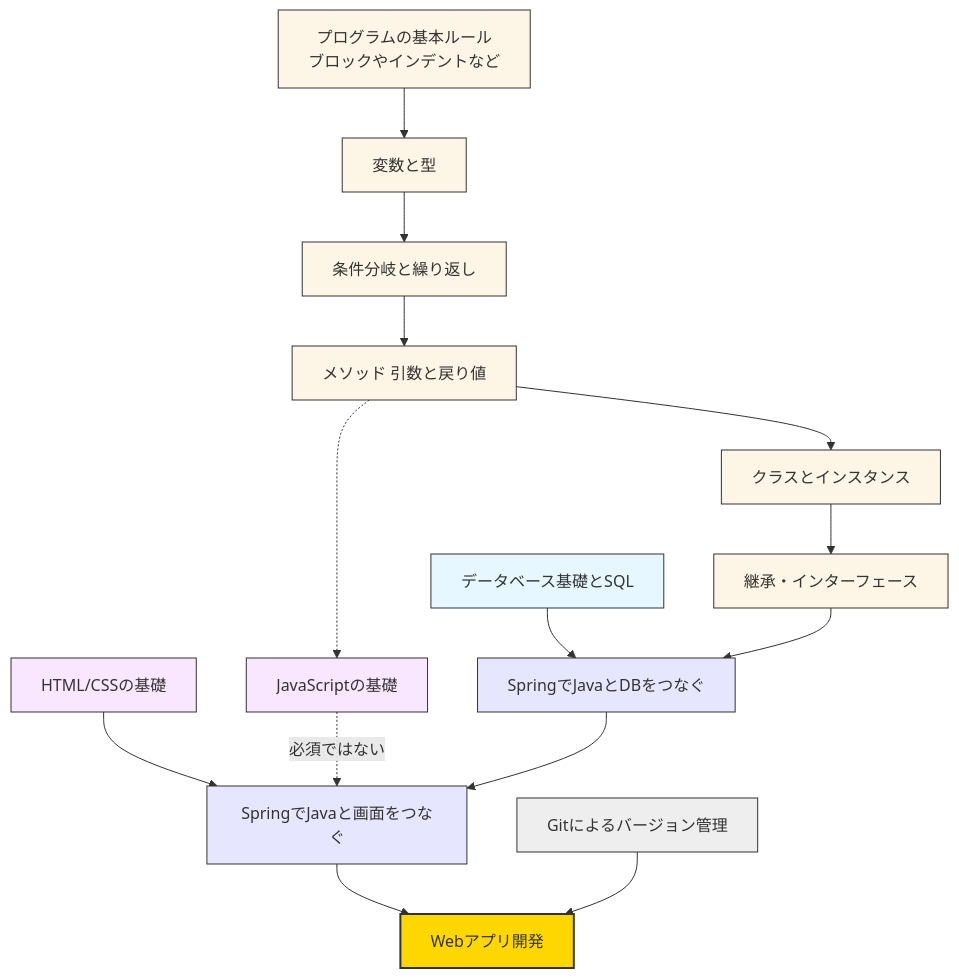
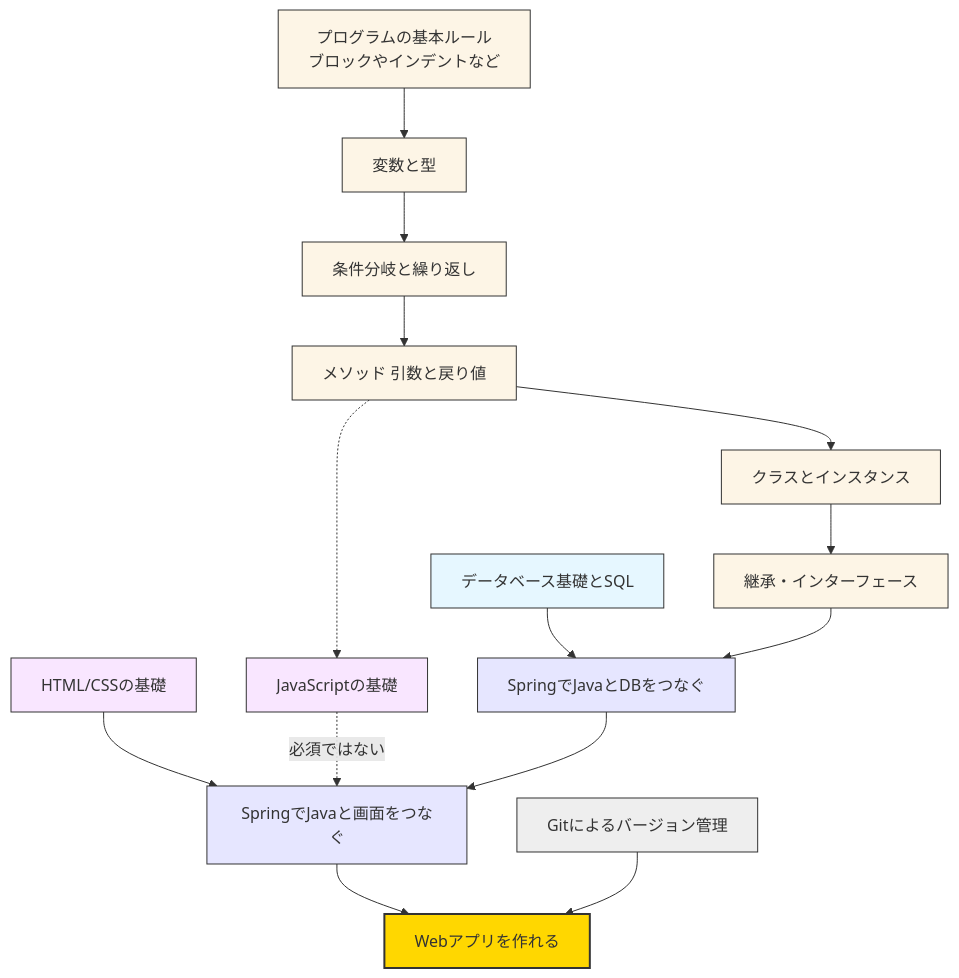
One commit to hash52/programming-bootcamp changed the diagram in docs/docs/index.md. Above: the diagram before and after it, drawn with Mermaid. The commit also changed other lines of this file and 14 other files, not shown here.

````diff
--- a/docs/docs/index.md
+++ b/docs/docs/index.md
@@ -21,41 +22,41 @@
 ```mermaid
 flowchart TD
 
     %% ゴール
-    Z[Webアプリ開発]:::goal
+    Z[Webアプリを作れる]:::goal
 
     %% Java基礎
     A[プログラムの基本ルール<br>ブロックやインデントなど]:::basic --> B[変数と型]:::basic
     B --> C[条件分岐と繰り返し]:::basic
     C --> D[メソッド 引数と戻り値]:::basic
 
     %% オブジェクト指向
     D --> E[クラスとインスタンス]:::basic
     E --> F[継承・インターフェース]:::basic
 
     %% データベース（独立）
     G[データベース基礎とSQL]:::db --> J[SpringでJavaとDBをつなぐ]:::spring
 
     %% Web基礎（HTML/CSSを独立）
     I[HTML/CSSの基礎]:::web --> K["Springで画面とJavaをつなぐ"]:::spring
 
     %% JavaScript基礎（メソッドから生やす）
     D -..-> H[JavaScriptの基礎]:::web
     H -. "必須ではない" .-> K["SpringでJavaと画面をつなぐ"]:::spring
 
     %% Spring
     F --> J
     J --> K
     K --> Z
 
     %% Gitは横断
     L[Gitによるバージョン管理]:::tool --> Z
 
     %% スタイル
     classDef basic fill:#fdf5e6,stroke:#333,stroke-width:1px;
     classDef db fill:#e6f7ff,stroke:#333,stroke-width:1px;
     classDef web fill:#f9e6ff,stroke:#333,stroke-width:1px;
     classDef spring fill:#e6e6ff,stroke:#333,stroke-width:1px;
     classDef tool fill:#eeeeee,stroke:#333,stroke-width:1px;
     classDef goal fill:#ffd700,stroke:#333,stroke-width:2px;
 ```
````
